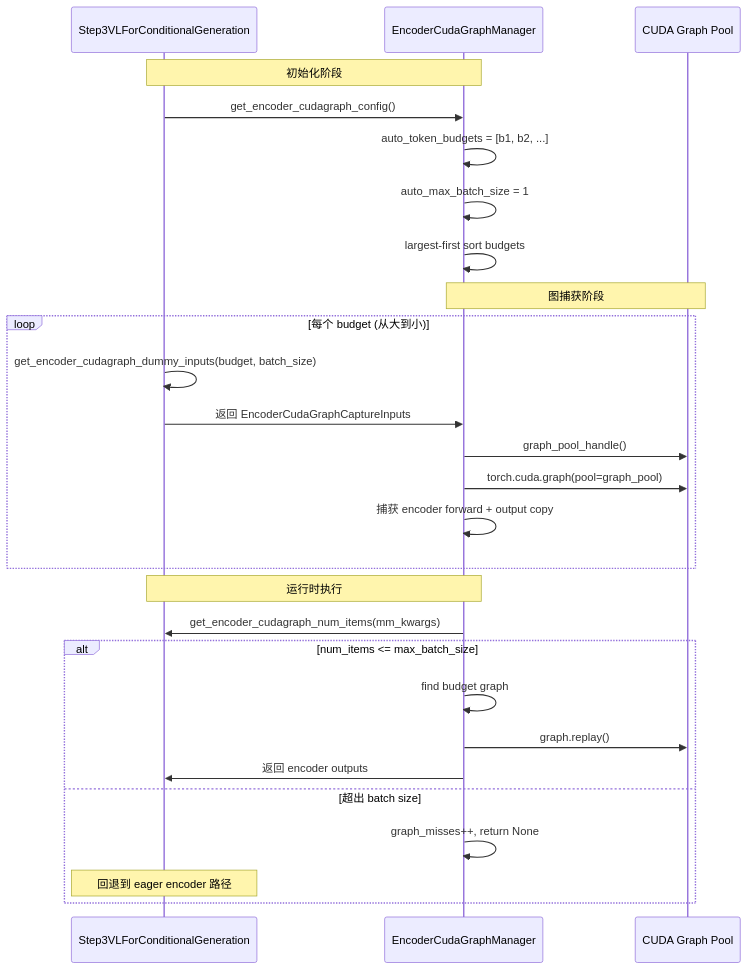
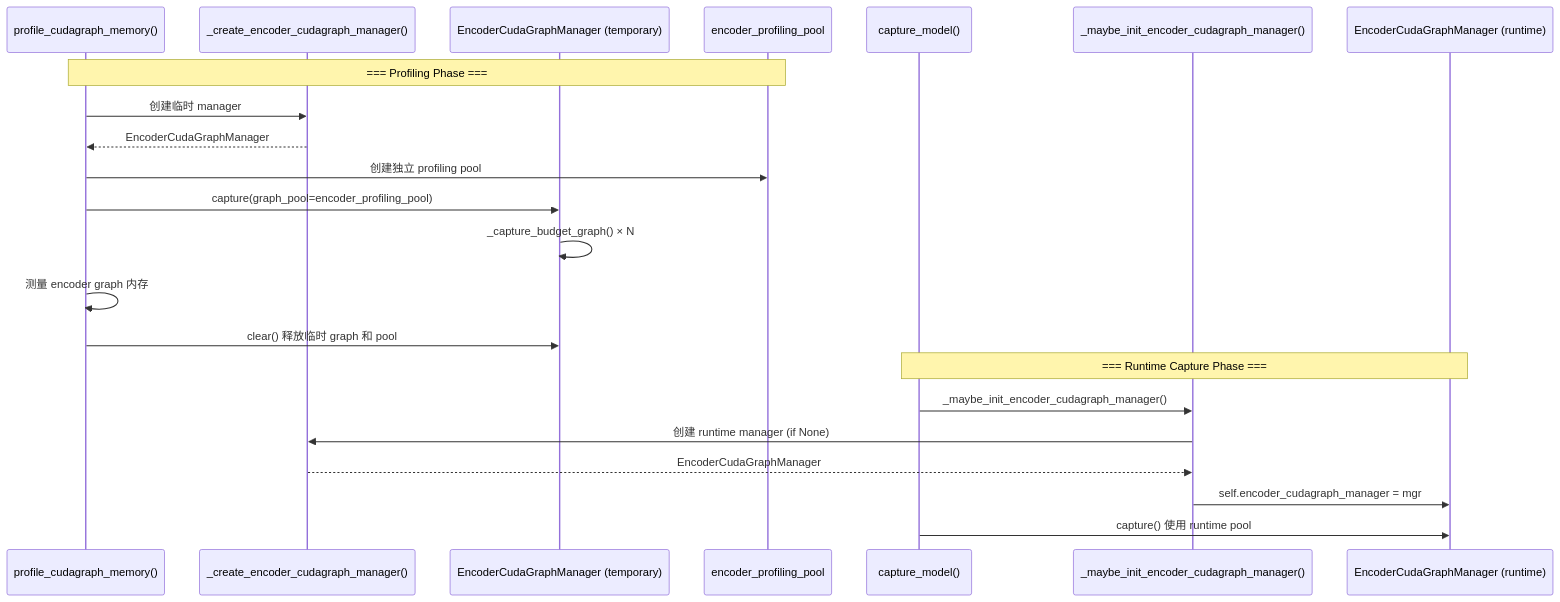
Before and after one commit to shen-shanshan/vllm-dev-skills: the third of 3 diagrams in skills/vllm-pr-summary/outputs/pr-41714-summary.md, drawn with Mermaid. The commit also changed other lines of this file and 7 other files, not shown here.

````diff
--- a/skills/vllm-pr-summary/outputs/pr-41714-summary.md
+++ b/skills/vllm-pr-summary/outputs/pr-41714-summary.md
@@ -82,32 +124,26 @@
 ```mermaid
 sequenceDiagram
-    participant Model as Step3VLForConditionalGeneration
-    participant Mgr as EncoderCudaGraphManager
-    participant GPU as CUDA Graph Pool
+    participant PM as profile_cudagraph_memory()
+    participant Factory as _create_encoder_cudagraph_manager()
+    participant TmpMgr as EncoderCudaGraphManager (temporary)
+    participant Pool as encoder_profiling_pool
+    participant CM as capture_model()
+    participant Helper as _maybe_init_encoder_cudagraph_manager()
+    participant RtMgr as EncoderCudaGraphManager (runtime)
 
-    Note over Model,Mgr: 初始化阶段
-    Model->>Mgr: get_encoder_cudagraph_config()
-    Mgr->>Mgr: auto_token_budgets = [b1, b2, ...]
-    Mgr->>Mgr: auto_max_batch_size = 1
-    Mgr->>Mgr: largest-first sort budgets
+    Note over PM,Pool: === Profiling Phase ===
+    PM->>Factory: 创建临时 manager
+    Factory-->>PM: EncoderCudaGraphManager
+    PM->>Pool: 创建独立 profiling pool
+    PM->>TmpMgr: capture(graph_pool=encoder_profiling_pool)
+    TmpMgr->>TmpMgr: _capture_budget_graph() × N
+    PM->>PM: 测量 encoder graph 内存
+    PM->>TmpMgr: clear() 释放临时 graph 和 pool
 
-    Note over Mgr,GPU: 图捕获阶段
-    loop 每个 budget (从大到小)
-        Model->>Model: get_encoder_cudagraph_dummy_inputs(budget, batch_size)
-        Model->>Mgr: 返回 EncoderCudaGraphCaptureInputs
-        Mgr->>GPU: graph_pool_handle()
-        Mgr->>GPU: torch.cuda.graph(pool=graph_pool)
-        Mgr->>Mgr: 捕获 encoder forward + output copy
-    end
-
-    Note over Model,Mgr: 运行时执行
-    Mgr->>Model: get_encoder_cudagraph_num_items(mm_kwargs)
-    alt num_items <= max_batch_size
-        Mgr->>Mgr: find budget graph
-        Mgr->>GPU: graph.replay()
-        Mgr->>Model: 返回 encoder outputs
-    else 超出 batch size
-        Mgr->>Mgr: graph_misses++, return None
-        Note over Model: 回退到 eager encoder 路径
-    end
+    Note over CM,RtMgr: === Runtime Capture Phase ===
+    CM->>Helper: _maybe_init_encoder_cudagraph_manager()
+    Helper->>Factory: 创建 runtime manager (if None)
+    Factory-->>Helper: EncoderCudaGraphManager
+    Helper->>RtMgr: self.encoder_cudagraph_manager = mgr
+    CM->>RtMgr: capture() 使用 runtime pool
 ```
````
